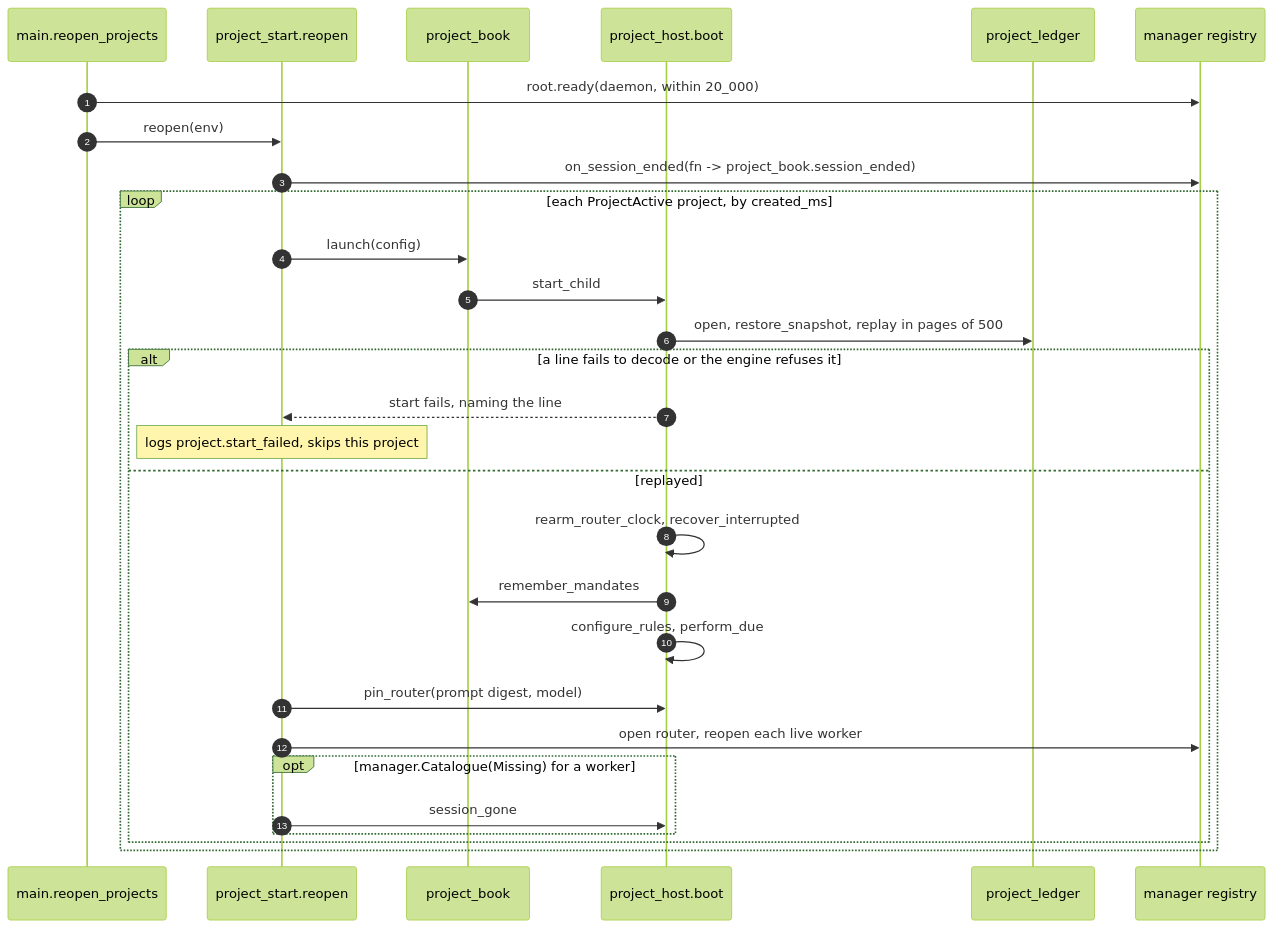
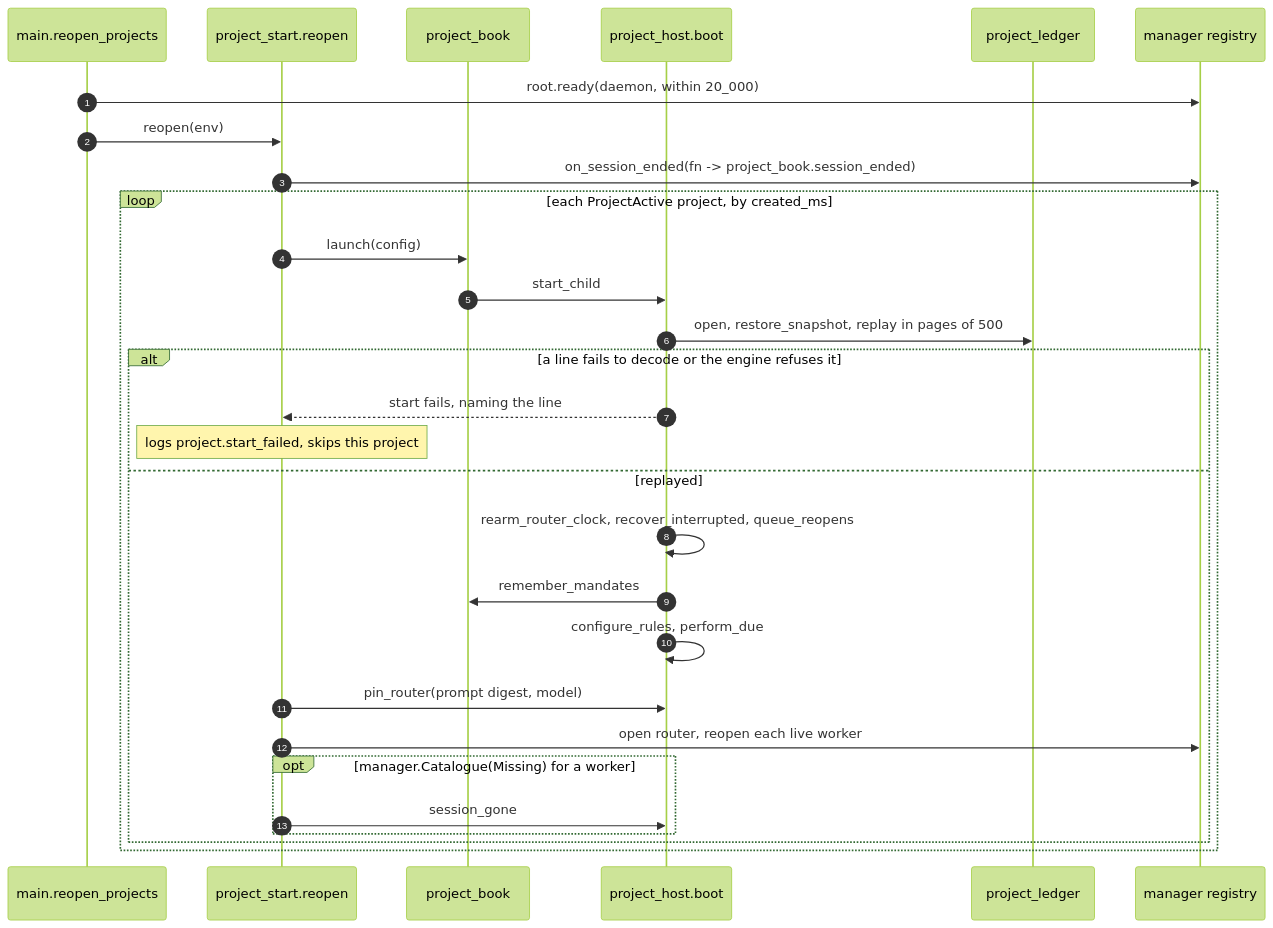
The second of 11 diagrams in docs/architecture/project-mode.md (Roasbeef/loom), drawn with Mermaid (forest theme) before and after one commit. The commit also changed other lines of this file and 1 other file, not shown here.

````diff
--- a/docs/architecture/project-mode.md
+++ b/docs/architecture/project-mode.md
@@ -75,32 +75,32 @@
 ```mermaid
 sequenceDiagram
     autonumber
     participant Main as main.reopen_projects
     participant Start as project_start.reopen
     participant Book as project_book
     participant Host as project_host.boot
     participant Ledger as project_ledger
     participant Reg as manager registry
 
     Main->>Reg: root.ready(daemon, within 20_000)
     Main->>Start: reopen(env)
     Start->>Reg: on_session_ended(fn -> project_book.session_ended)
     loop each ProjectActive project, by created_ms
         Start->>Book: launch(config)
         Book->>Host: start_child
         Host->>Ledger: open, restore_snapshot, replay in pages of 500
         alt a line fails to decode or the engine refuses it
             Host-->>Start: start fails, naming the line
             Note over Start: logs project.start_failed, skips this project
         else replayed
-            Host->>Host: rearm_router_clock, recover_interrupted
+            Host->>Host: rearm_router_clock, recover_interrupted, queue_reopens
             Host->>Book: remember_mandates
             Host->>Host: configure_rules, perform_due
             Start->>Host: pin_router(prompt digest, model)
             Start->>Reg: open router, reopen each live worker
             opt manager.Catalogue(Missing) for a worker
                 Start->>Host: session_gone
             end
         end
     end
 ```
````
